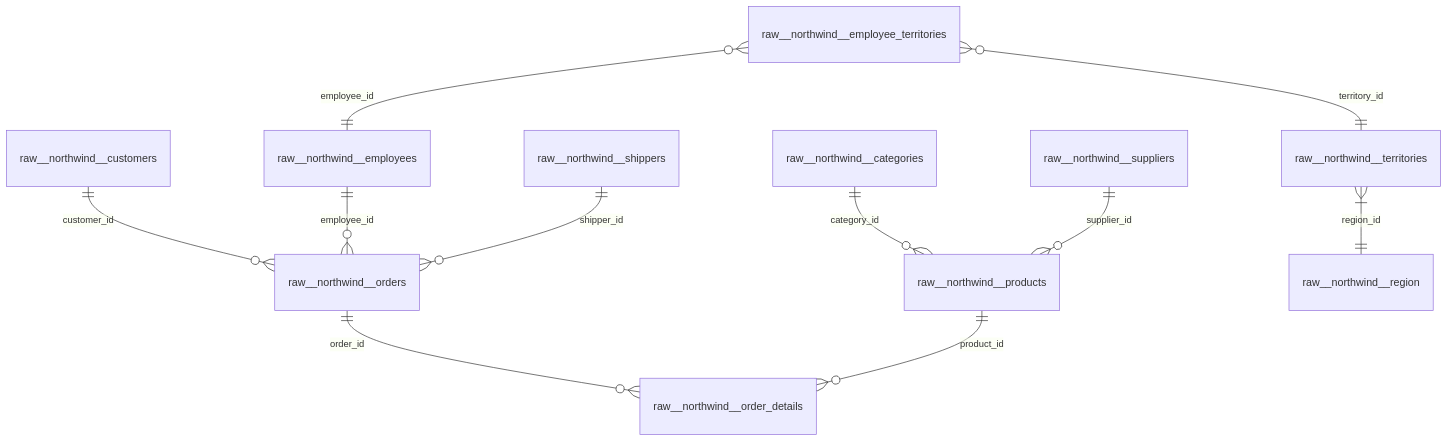
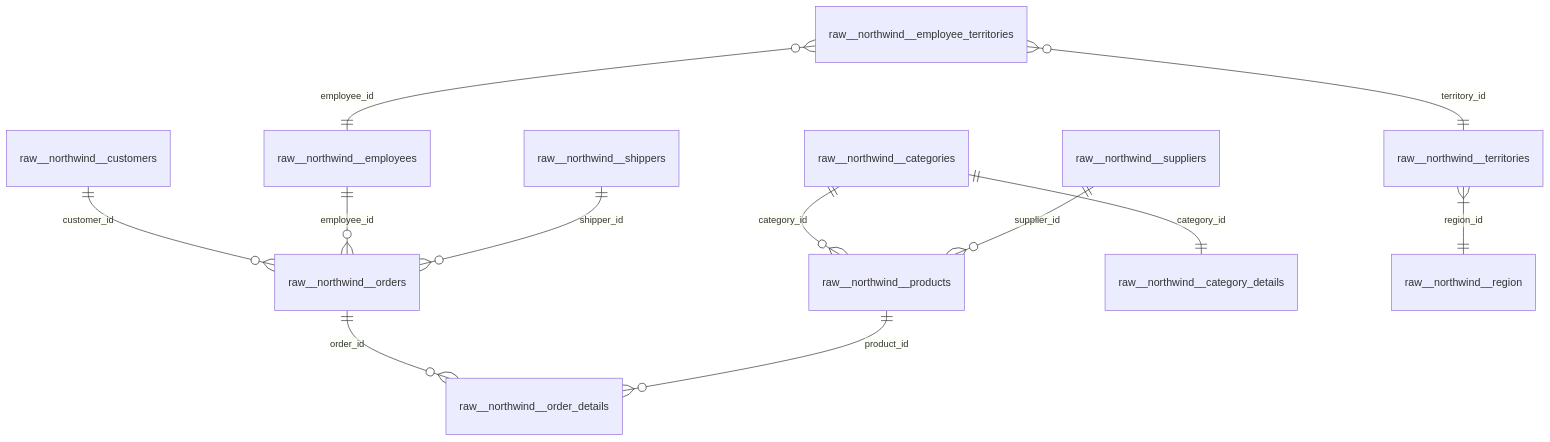
Before and after one commit to mattiasthalen/obsidian-insights: the second of 4 diagrams in README.md, drawn with Mermaid. The commit also changed other lines of this file, not shown here.

Commit message:
Correct mistakes in ERDs

````diff
--- a/README.md
+++ b/README.md
@@ -55,13 +55,14 @@
 ```mermaid
 erDiagram
     raw__northwind__customers ||--o{ raw__northwind__orders : customer_id
     raw__northwind__orders ||--o{ raw__northwind__order_details : order_id
     raw__northwind__products ||--o{ raw__northwind__order_details : product_id
+    raw__northwind__categories ||--|| raw__northwind__category_details : category_id
     raw__northwind__categories ||--o{ raw__northwind__products : category_id
     raw__northwind__suppliers ||--o{ raw__northwind__products : supplier_id
     raw__northwind__employees ||--o{ raw__northwind__orders : employee_id
     raw__northwind__shippers ||--o{ raw__northwind__orders : shipper_id
     raw__northwind__territories }|--|| raw__northwind__region : region_id
     raw__northwind__employee_territories }o--|| raw__northwind__employees : employee_id
     raw__northwind__employee_territories }o--|| raw__northwind__territories : territory_id
 ```
````
